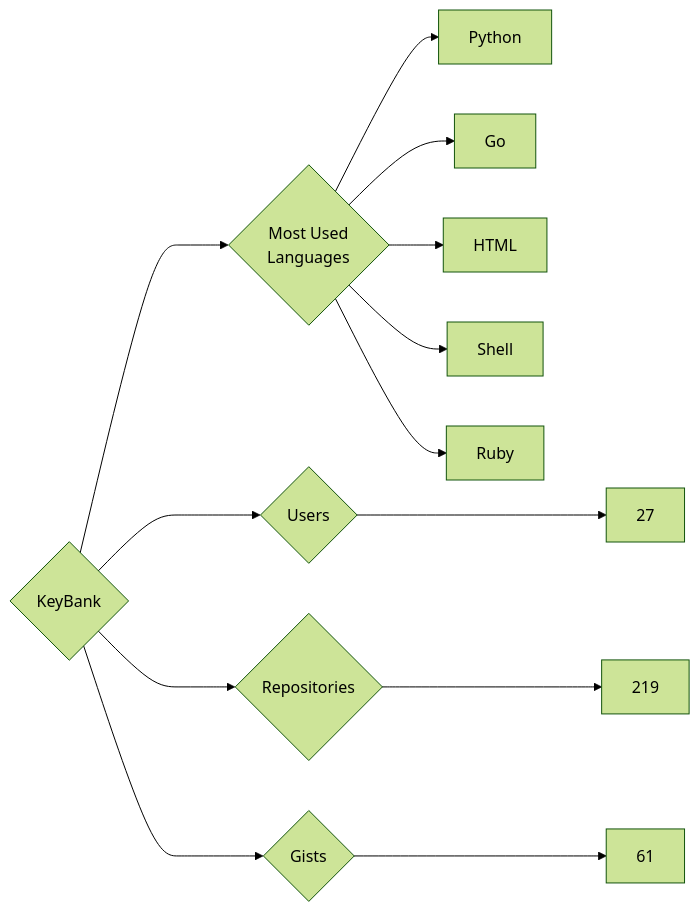
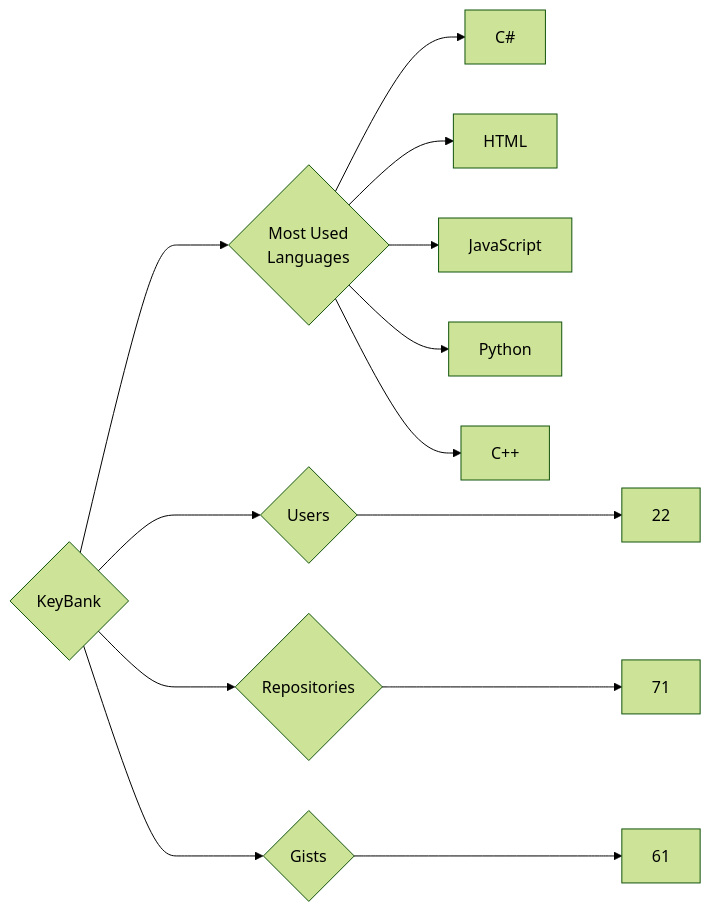
The diagram in targets/KeyBank/README.md (trickest/insiders), drawn with Mermaid (forest theme) before and after one commit. The commit also changed 681 other files, not shown here.

````diff
--- a/targets/KeyBank/README.md
+++ b/targets/KeyBank/README.md
@@ -3,13 +3,13 @@
 ```mermaid
 graph LR
 COMPANY_NAME{KeyBank}
-COMPANY_NAME ---> U{Users} ---> UN[27]
-COMPANY_NAME ---> R{Repositories} ---> RN[219]
+COMPANY_NAME ---> U{Users} ---> UN[22]
+COMPANY_NAME ---> R{Repositories} ---> RN[71]
 COMPANY_NAME ---> G{Gists} ---> GN[61]
 COMPANY_NAME ---> ML{Most Used<br>Languages}
+ML --> C#[C#]
+ML --> HTML[HTML]
+ML --> JavaScript[JavaScript]
 ML --> Python[Python]
-ML --> Go[Go]
-ML --> HTML[HTML]
-ML --> Shell[Shell]
-ML --> Ruby[Ruby]
+ML --> C++[C++]
 ```
````
